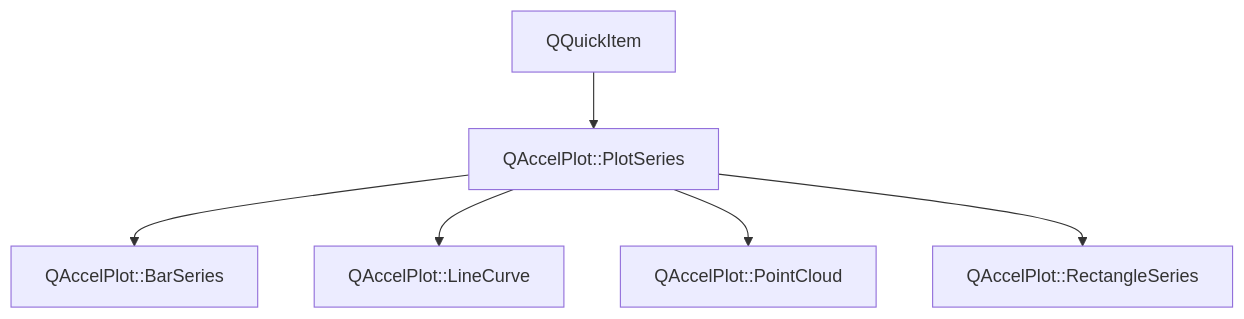
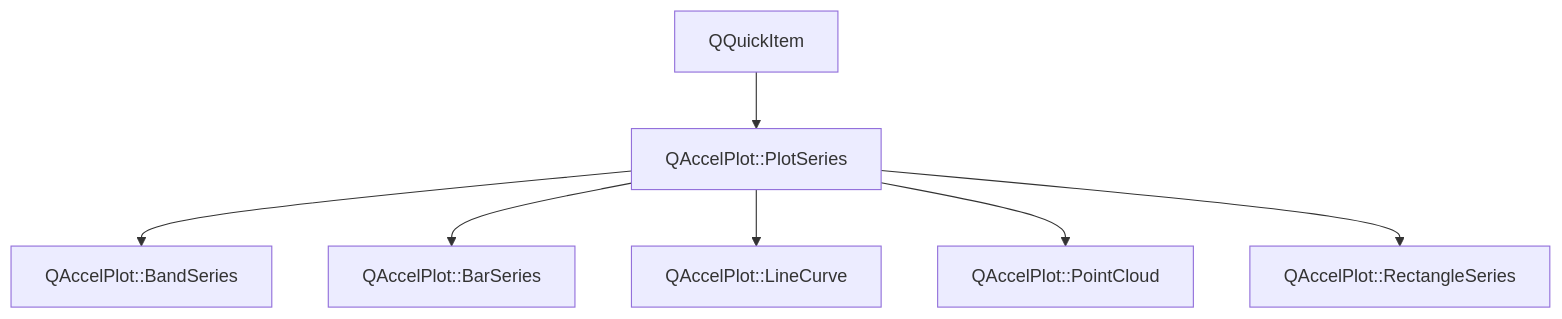
Before and after one commit to michalgrabarczyk/QAccelPlot: the diagram in main/assets/.doxy/QAccelPlot/api/classQAccelPlot_1_1PlotSeries.md, drawn with Mermaid. The commit also changed other lines of this file and 409 other files, not shown here.

````diff
--- a/main/assets/.doxy/QAccelPlot/api/classQAccelPlot_1_1PlotSeries.md
+++ b/main/assets/.doxy/QAccelPlot/api/classQAccelPlot_1_1PlotSeries.md
@@ -32,24 +32,28 @@
 ```mermaid
 flowchart TB
   classQAccelPlot_1_1PlotSeries["QAccelPlot::PlotSeries"]
 
   external_base_classQAccelPlot_1_1PlotSeries_1["QQuickItem"]
   external_base_classQAccelPlot_1_1PlotSeries_1 --> classQAccelPlot_1_1PlotSeries
+
+  classQAccelPlot_1_1BandSeries["QAccelPlot::BandSeries"]
+  classQAccelPlot_1_1PlotSeries --> classQAccelPlot_1_1BandSeries
+  click classQAccelPlot_1_1BandSeries "../classQAccelPlot_1_1BandSeries/" "Open QAccelPlot::BandSeries"
 
   classQAccelPlot_1_1BarSeries["QAccelPlot::BarSeries"]
   classQAccelPlot_1_1PlotSeries --> classQAccelPlot_1_1BarSeries
   click classQAccelPlot_1_1BarSeries "../classQAccelPlot_1_1BarSeries/" "Open QAccelPlot::BarSeries"
 
   classQAccelPlot_1_1LineCurve["QAccelPlot::LineCurve"]
   classQAccelPlot_1_1PlotSeries --> classQAccelPlot_1_1LineCurve
   click classQAccelPlot_1_1LineCurve "../classQAccelPlot_1_1LineCurve/" "Open QAccelPlot::LineCurve"
 
   classQAccelPlot_1_1PointCloud["QAccelPlot::PointCloud"]
   classQAccelPlot_1_1PlotSeries --> classQAccelPlot_1_1PointCloud
   click classQAccelPlot_1_1PointCloud "../classQAccelPlot_1_1PointCloud/" "Open QAccelPlot::PointCloud"
 
   classQAccelPlot_1_1RectangleSeries["QAccelPlot::RectangleSeries"]
   classQAccelPlot_1_1PlotSeries --> classQAccelPlot_1_1RectangleSeries
   click classQAccelPlot_1_1RectangleSeries "../classQAccelPlot_1_1RectangleSeries/" "Open QAccelPlot::RectangleSeries"
 
 ```
````
